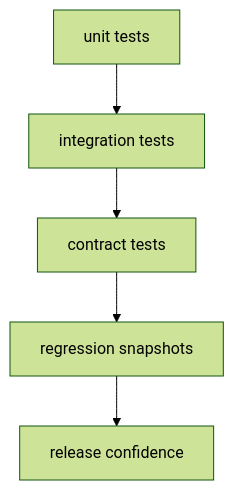
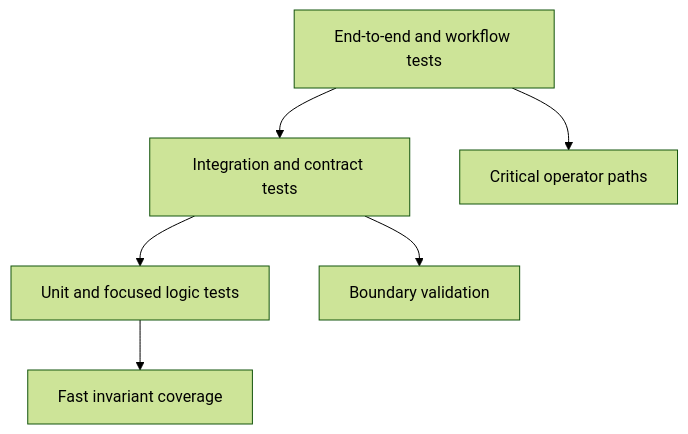
One commit to bijux/bijux-cli changed the diagram in docs/bijux-dag/quality/test-strategy.md. Above: the diagram before and after it, drawn with Mermaid (forest theme).

Commit message:
docs(bijux-dag): update test strategy visual to layered test pyramid

````diff
--- a/docs/bijux-dag/quality/test-strategy.md
+++ b/docs/bijux-dag/quality/test-strategy.md
@@ -17,7 +17,13 @@
 ```mermaid
-flowchart TD
-    unit[unit tests] --> integration[integration tests]
-    integration --> contract[contract tests]
-    contract --> regression[regression snapshots]
-    regression --> release[release confidence]
+flowchart TB
+  E2E[End-to-end and workflow tests]
+  INT[Integration and contract tests]
+  UNIT[Unit and focused logic tests]
+
+  E2E --> INT
+  INT --> UNIT
+
+  UNIT --> Invariants[Fast invariant coverage]
+  INT --> Boundaries[Boundary validation]
+  E2E --> UserPaths[Critical operator paths]
 ```
````
